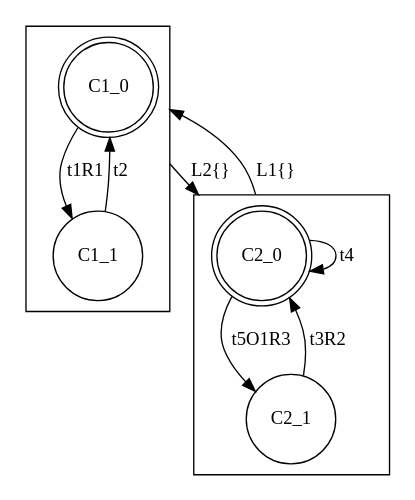
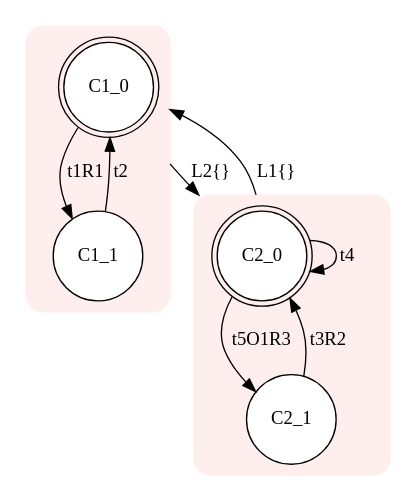
One commit to Stefano-BS/Explanatory-Diagnosis changed the diagram in input/r.dot. Above: the diagram before and after it, drawn with Graphviz. The commit also changed 69 other files, not shown here.

```diff
--- a/input/r.dot
+++ b/input/r.dot
@@ -1,17 +1,18 @@
 digraph "input/r" {
-size="8,5"
-compound=true
-subgraph cluster1 {node [shape=doublecircle]; C1_0;
+node [style=filled fillcolor=white] compound=true
+subgraph cluster1 {
+style="rounded,filled" color="#FFEEEE"node [shape=doublecircle]; C1_0;
 node [shape=circle];
 C1_0 -> C1_1 [label="t1R1"];
 C1_1 -> C1_0 [label="t2"];
 }
-subgraph cluster2 {node [shape=doublecircle]; C2_0;
+subgraph cluster2 {
+style="rounded,filled" color="#FFEEEE"node [shape=doublecircle]; C2_0;
 node [shape=circle];
 C2_1 -> C2_0 [label="t3R2"];
 C2_0 -> C2_0 [label="t4"];
 C2_0 -> C2_1 [label="t5O1R3"];
 }
 C2_0 -> C1_0 [ltail=cluster2 lhead=cluster1 label="L1{}"];
 C1_0 -> C2_0 [ltail=cluster1 lhead=cluster2 label="L2{}"];
 }
```
